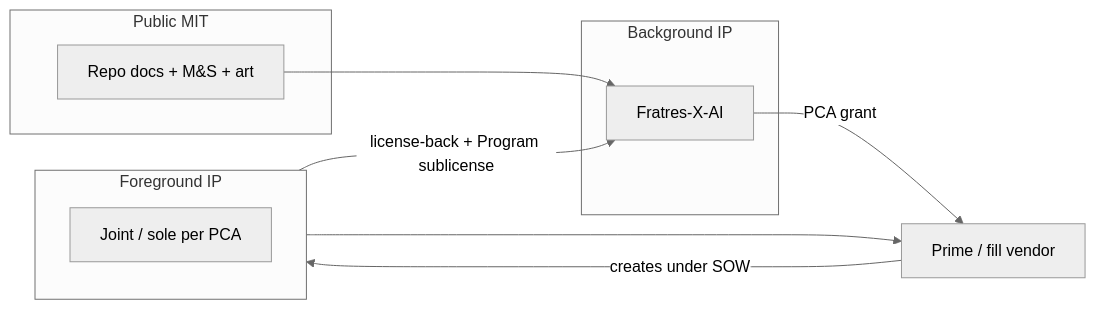
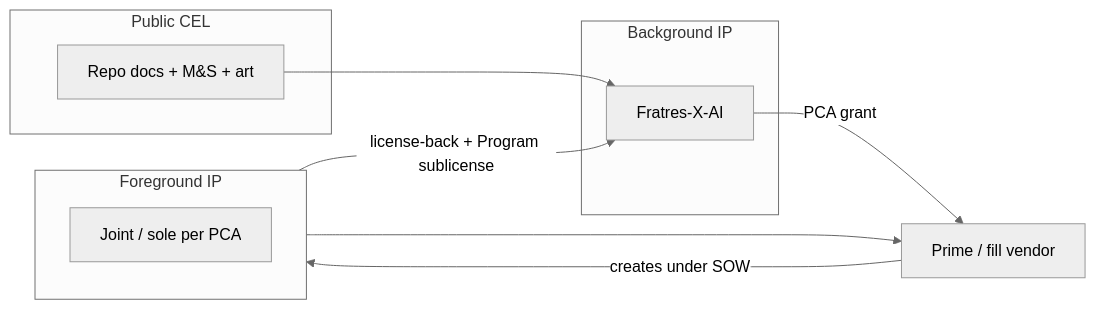
One commit to Fratres-X-AI/MS-V changed the diagram in docs/licensing-and-partnership.md. Above: the diagram before and after it, drawn with Mermaid (neutral theme). The commit also changed other lines of this file and 9 other files, not shown here.

First line of the commit message:
Replace MIT with Concept Evaluation License (CEL) for MS-V.

````diff
--- a/docs/licensing-and-partnership.md
+++ b/docs/licensing-and-partnership.md
@@ -66,17 +66,17 @@
 ```mermaid
 flowchart LR
-  subgraph public [Public MIT]
+  subgraph public [Public CEL]
     Repo[Repo docs + M&S + art]
   end
   subgraph bg [Background IP]
     Owner[Fratres-X-AI]
   end
   subgraph fg [Foreground IP]
     Joint[Joint / sole per PCA]
   end
   Repo --> Owner
   Owner -->|PCA grant| Prime[Prime / fill vendor]
   Prime -->|creates under SOW| fg
   fg -->|license-back + Program sublicense| Owner
   fg --> Prime
 ```
````
